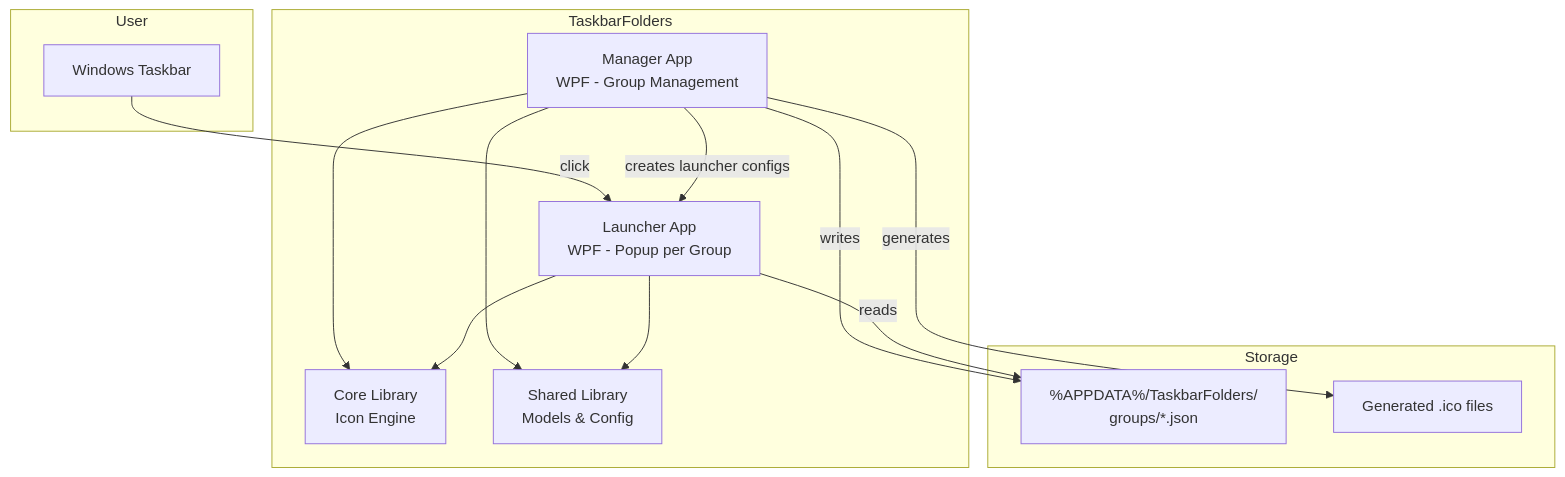
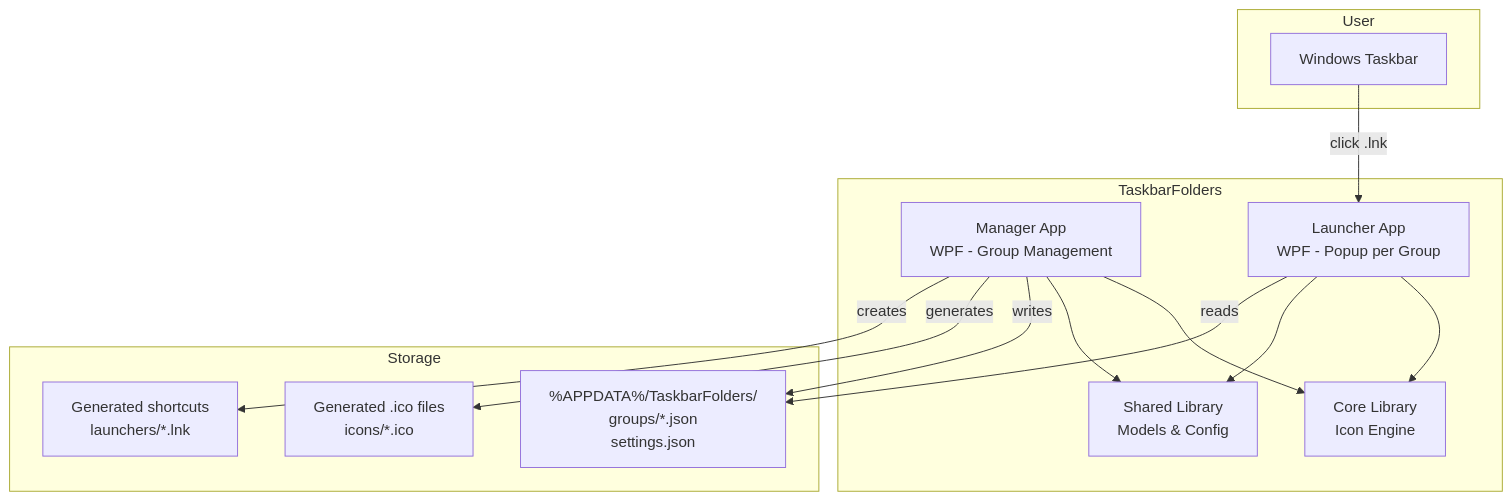
The first of 2 diagrams in docs/architecture.md (Chookees/taskbar-grouping), drawn with Mermaid before and after one commit. The commit also changed other lines of this file and 5 other files, not shown here.

````diff
--- a/docs/architecture.md
+++ b/docs/architecture.md
@@ -7,28 +7,29 @@
 ```mermaid
 graph TB
     subgraph "User"
         Taskbar[Windows Taskbar]
     end
 
     subgraph "TaskbarFolders"
         Manager[Manager App<br/>WPF - Group Management]
         Launcher[Launcher App<br/>WPF - Popup per Group]
         Core[Core Library<br/>Icon Engine]
         Shared[Shared Library<br/>Models & Config]
     end
 
     subgraph "Storage"
-        AppData["%APPDATA%/TaskbarFolders/<br/>groups/*.json"]
-        Icons[Generated .ico files]
+        AppData["%APPDATA%/TaskbarFolders/<br/>groups/*.json<br/>settings.json"]
+        Icons[Generated .ico files<br/>icons/*.ico]
+        Shortcuts[Generated shortcuts<br/>launchers/*.lnk]
     end
 
     Manager --> Core
     Manager --> Shared
     Launcher --> Core
     Launcher --> Shared
     Manager -->|writes| AppData
     Manager -->|generates| Icons
+    Manager -->|creates| Shortcuts
     Launcher -->|reads| AppData
-    Taskbar -->|click| Launcher
-    Manager -->|creates launcher configs| Launcher
+    Taskbar -->|click .lnk| Launcher
 ```
````
